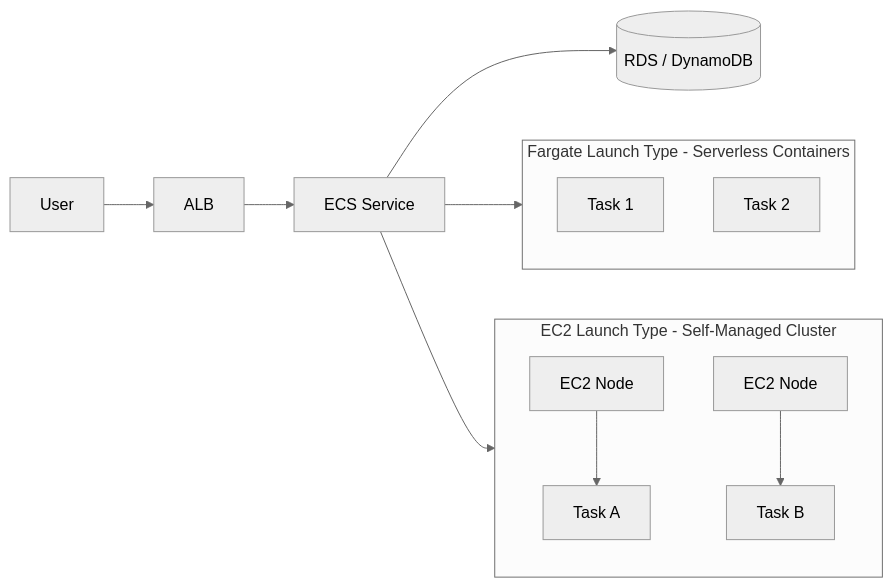
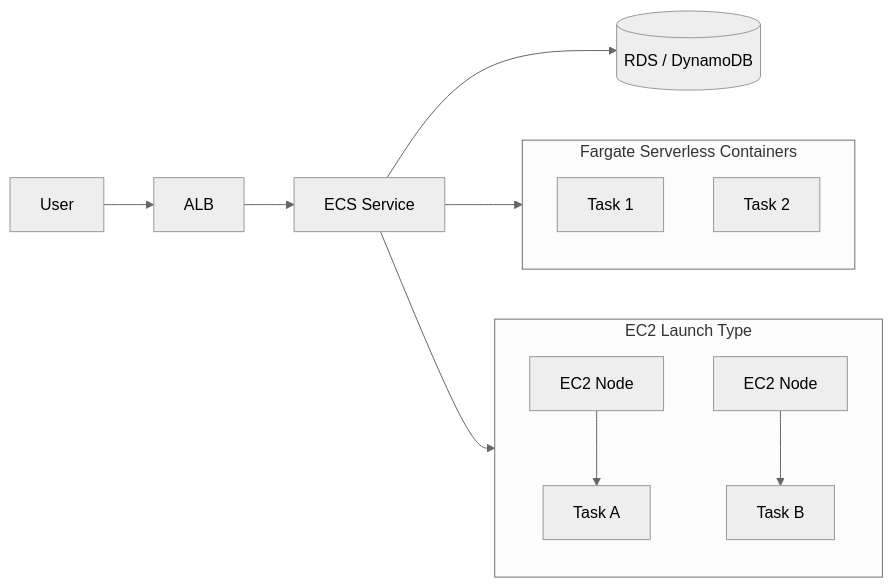
One commit to vilasvarghesescaler/CompanySpecific changed the third of 12 diagrams in IamDistributor.md. Above: the diagram before and after it, drawn with Mermaid (neutral theme). The commit also changed other lines of this file, not shown here.

````diff
--- a/IamDistributor.md
+++ b/IamDistributor.md
@@ -90,16 +85,16 @@
 ```mermaid
 flowchart LR
     User --> ALB3[ALB]
     ALB3 --> SVC[ECS Service]
-    subgraph Fargate["Fargate Launch Type - Serverless Containers"]
+    subgraph Fargate["Fargate Serverless Containers"]
         T1[Task 1]
         T2[Task 2]
     end
-    subgraph EC2LT["EC2 Launch Type - Self-Managed Cluster"]
+    subgraph EC2LT["EC2 Launch Type"]
         Node1[EC2 Node] --> TA[Task A]
         Node2[EC2 Node] --> TB[Task B]
     end
     SVC --> Fargate
     SVC --> EC2LT
     SVC --> RDS3[("RDS / DynamoDB")]
 ```
````
